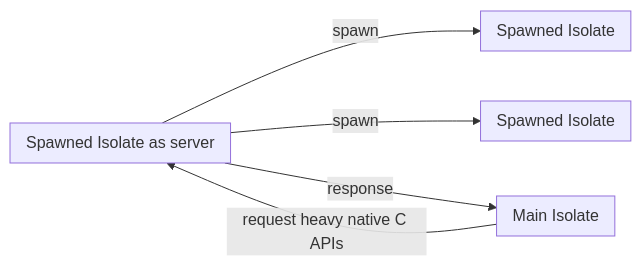
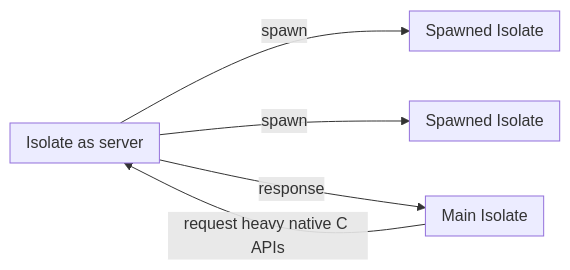
One commit to sensuikan1973/flutter_expensive_native_embedding_journey changed the third of 3 diagrams in slide/pages/journey_native_C_APIs.md. Above: the diagram before and after it, drawn with Mermaid. The commit also changed other lines of this file, not shown here.

````diff
--- a/slide/pages/journey_native_C_APIs.md
+++ b/slide/pages/journey_native_C_APIs.md
@@ -83,15 +83,15 @@
 ```mermaid
 flowchart LR
     subgraph M ["Main#32;Isolate"]
     end
     M -->|"request#32;heavy#32;native#32;C#32;APIs"| S
-    subgraph S ["Spawned#32;Isolate#32;as#32;server"]
+    subgraph S ["Isolate#32;as#32;server"]
     end
     S -->|spawn| S2
     S -->|spawn| S3
     subgraph S2 ["Spawned#32;Isolate"]
     end
     subgraph S3 ["Spawned#32;Isolate"]
     end
     S -->|response| M
 ```
````
